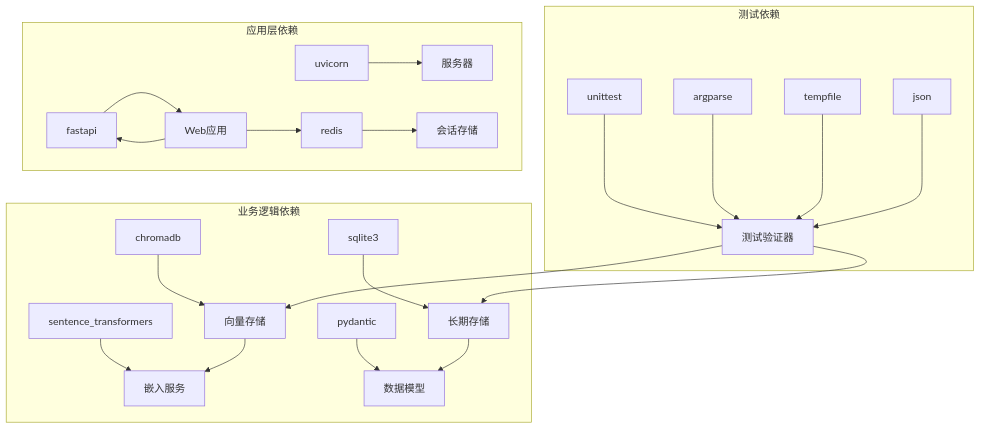
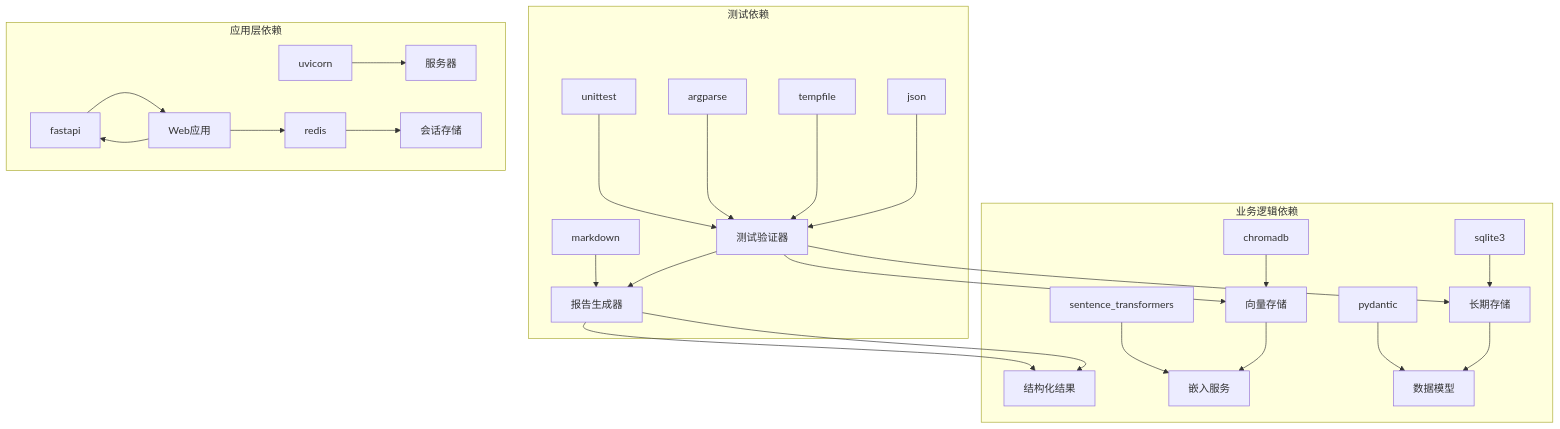
One commit to Moon-Force/DouYin_llm changed the seventh of 7 diagrams in .qoder/repowiki/zh/content/后端服务/内存管理系统/内存管道验证器/语义召回评估系统.md. Above: the diagram before and after it, drawn with Mermaid. The commit also changed other lines of this file and 35 other files, not shown here.

````diff
--- a/.qoder/repowiki/zh/content/后端服务/内存管理系统/内存管道验证器/语义召回评估系统.md
+++ b/.qoder/repowiki/zh/content/后端服务/内存管理系统/内存管道验证器/语义召回评估系统.md
@@ -258,26 +384,30 @@
 ```mermaid
 graph TB
 subgraph "测试依赖"
 A[unittest] --> B[测试验证器]
 C[argparse] --> B
 D[tempfile] --> B
 E[json] --> B
+F[markdown] --> G[报告生成器]
 end
 subgraph "业务逻辑依赖"
-F[chromadb] --> G[向量存储]
-H[sentence_transformers] --> I[嵌入服务]
-J[sqlite3] --> K[长期存储]
-L[pydantic] --> M[数据模型]
+G[报告生成器] --> H[结构化结果]
+I[chromadb] --> J[向量存储]
+K[sentence_transformers] --> L[嵌入服务]
+M[sqlite3] --> N[长期存储]
+O[pydantic] --> P[数据模型]
 end
 subgraph "应用层依赖"
-N[fastapi] --> O[Web应用]
-P[uvicorn] --> Q[服务器]
-R[redis] --> S[会话存储]
+Q[fastapi] --> R[Web应用]
+S[uvicorn] --> T[服务器]
+U[redis] --> V[会话存储]
 end
+B --> J
+B --> N
 B --> G
-B --> K
-G --> I
-K --> M
-O --> N
-O --> R
+G --> H
+J --> L
+N --> P
+R --> Q
+R --> U
 ```
````
